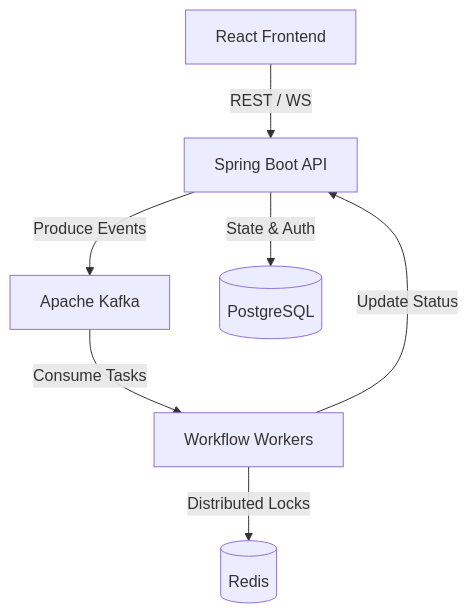
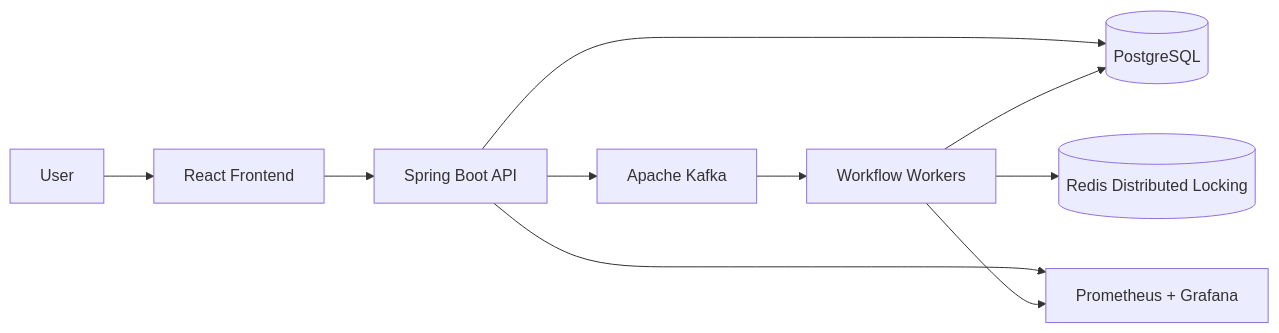
The diagram in README.md (Amanbhatti008/FLOWFORGE-AI), drawn with Mermaid before and after one commit.

````diff
--- a/README.md
+++ b/README.md
@@ -30,9 +30,16 @@
 ```mermaid
-flowchart TD
-    UI[React Frontend] -->|REST / WS| API[Spring Boot API]
-    API -->|Produce Events| Kafka[Apache Kafka]
-    Kafka -->|Consume Tasks| Workers[Workflow Workers]
-    API -->|State & Auth| DB[(PostgreSQL)]
-    Workers -->|Distributed Locks| Redis[(Redis)]
-    Workers -->|Update Status| API
+flowchart LR
+    User[User] --> Frontend[React Frontend]
+    Frontend --> API[Spring Boot API]
+    
+    API --> Kafka[Apache Kafka]
+    Kafka --> Workers[Workflow Workers]
+    
+    API --> PostgreSQL[(PostgreSQL)]
+    Workers --> PostgreSQL
+    
+    Workers --> Redis[(Redis Distributed Locking)]
+    
+    API --> Monitoring[Prometheus + Grafana]
+    Workers --> Monitoring
 ```
````
